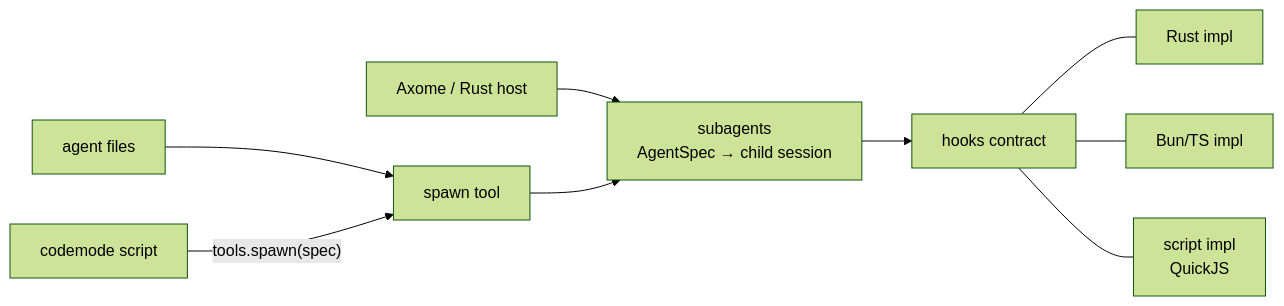
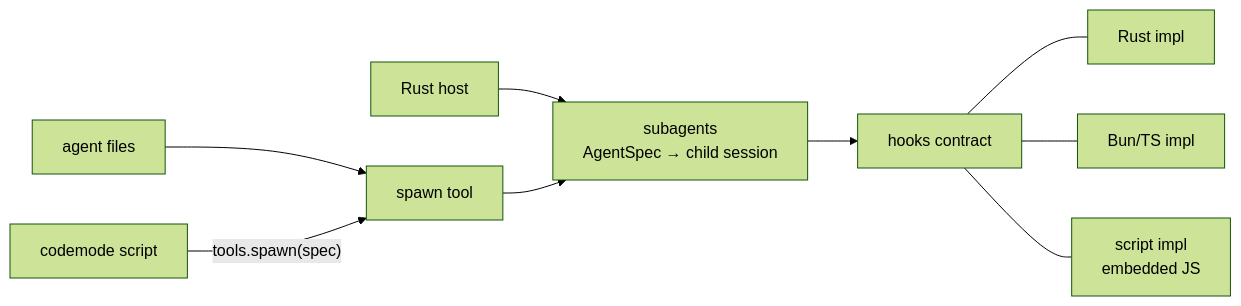
Before and after one commit to Axo-Gnosis/Axo: the second of 2 diagrams in plan/plan.md, drawn with Mermaid (forest theme). The commit also changed other lines of this file and 50 other files, not shown here.

````diff
--- a/plan/plan.md
+++ b/plan/plan.md
@@ -181,11 +184,11 @@
 ```mermaid
 flowchart LR
   R[agent files] --> T[spawn tool]
   C[codemode script] -->|"tools.spawn(spec)"| T
-  H[Axome / Rust host] --> A
+  H[Rust host] --> A
   T --> A["subagents<br/>AgentSpec → child session"]
   A --> K["hooks contract"]
   K --- K1[Rust impl]
   K --- K2[Bun/TS impl]
-  K --- K3[script impl<br/>QuickJS]
+  K --- K3[script impl<br/>embedded JS]
 ```
````
